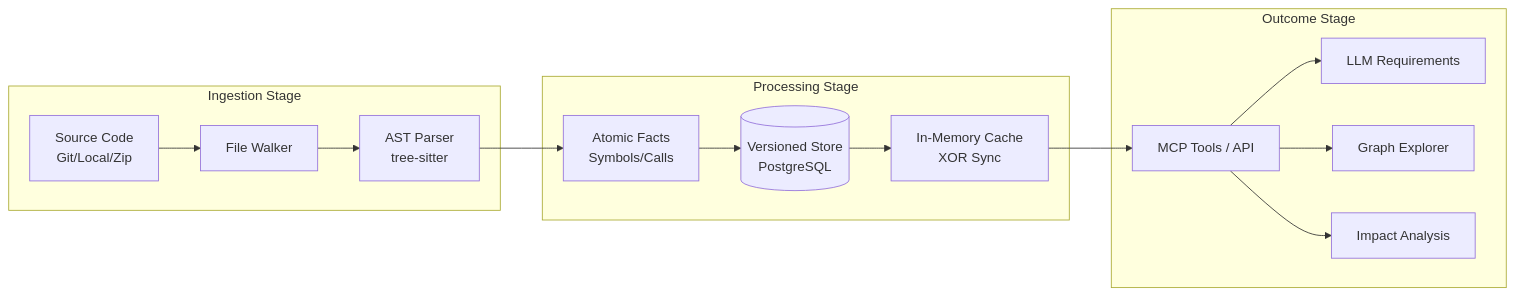
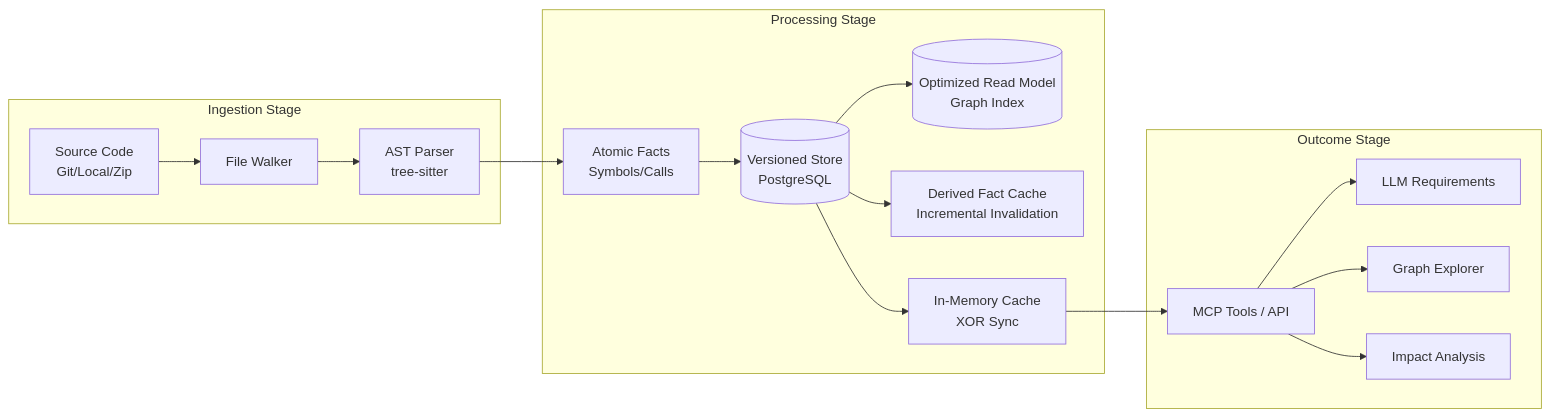
The first of 4 diagrams in docs/code-intel-design.md (bmrtech-oss/code-intel), drawn with Mermaid before and after one commit. The commit also changed other lines of this file and 24 other files, not shown here.

````diff
--- a/docs/code-intel-design.md
+++ b/docs/code-intel-design.md
@@ -29,20 +29,22 @@
 ```mermaid
 graph LR
     subgraph "Ingestion Stage"
         SRC[Source Code<br/>Git/Local/Zip] --> Walker[File Walker]
         Walker --> Parser[AST Parser<br/>tree-sitter]
     end
 
     subgraph "Processing Stage"
         Parser --> Facts[Atomic Facts<br/>Symbols/Calls]
         Facts --> Store[(Versioned Store<br/>PostgreSQL)]
+        Store --> ReadModel[(Optimized Read Model<br/>Graph Index)]
+        Store --> DerivedCache[Derived Fact Cache<br/>Incremental Invalidation]
         Store --> Cache[In-Memory Cache<br/>XOR Sync]
     end
 
     subgraph "Outcome Stage"
         Cache --> Tools[MCP Tools / API]
         Tools --> Req[LLM Requirements]
         Tools --> Graph[Graph Explorer]
         Tools --> Impact[Impact Analysis]
     end
 ```
````
